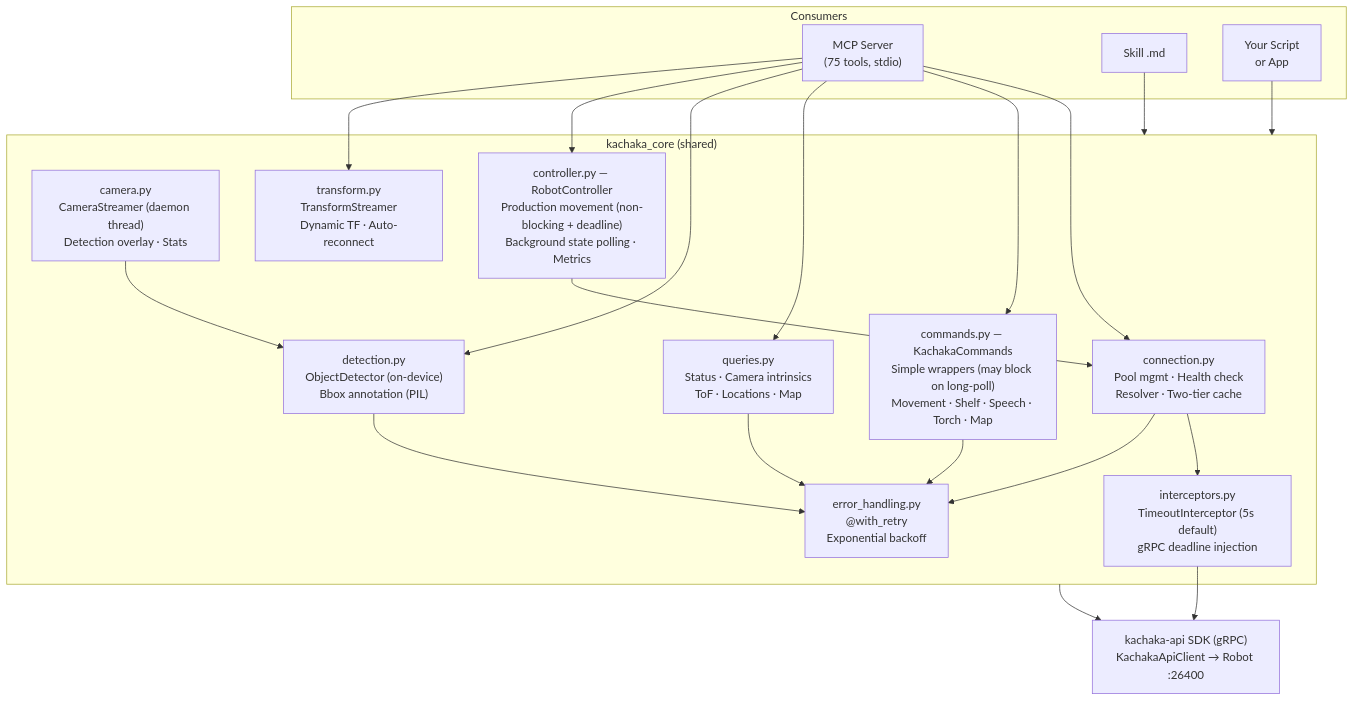
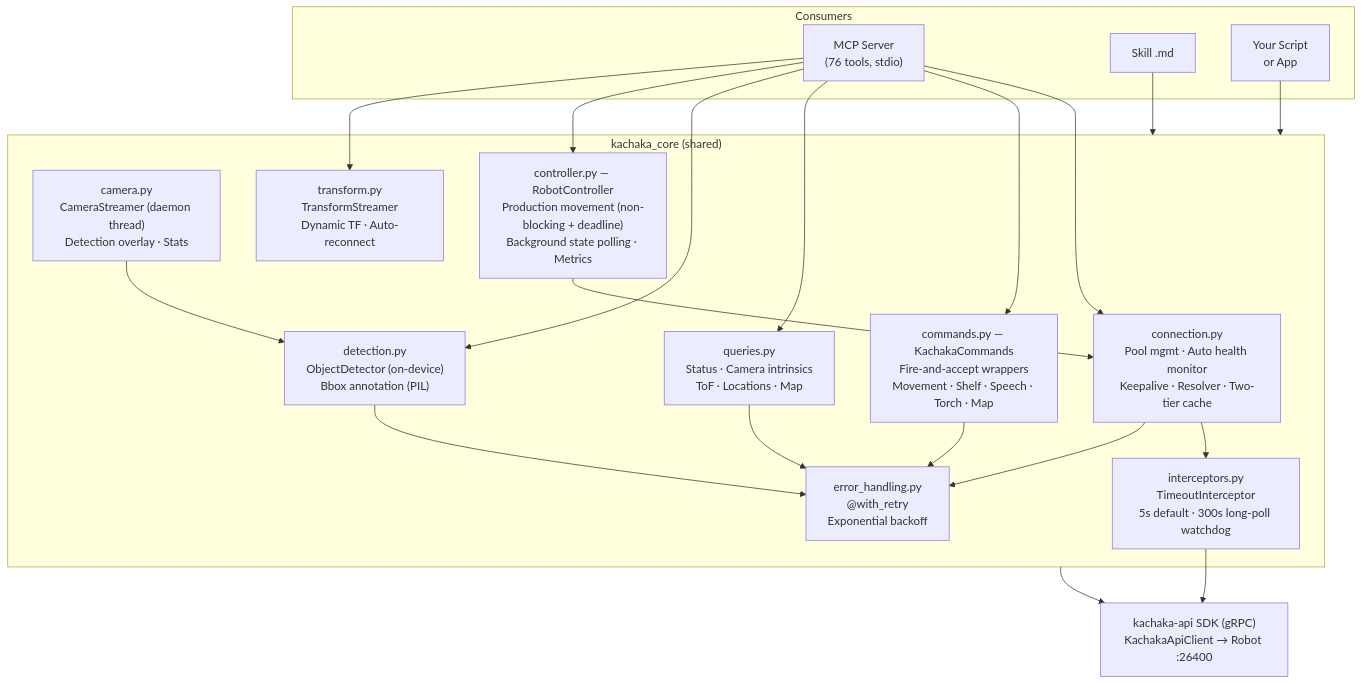
Before and after one commit to sigmarobotics/kachaka-sdk-toolkit: the first of 7 diagrams in README.md, drawn with Mermaid. The commit also changed other lines of this file and 22 other files, not shown here.

````diff
--- a/README.md
+++ b/README.md
@@ -13,40 +13,40 @@
 ```mermaid
 graph TD
     subgraph Consumers
-        MCP["MCP Server<br/>(75 tools, stdio)"]
+        MCP["MCP Server<br/>(76 tools, stdio)"]
         SKILL["Skill .md"]
         APP["Your Script<br/>or App"]
     end
 
     subgraph kachaka_core["kachaka_core (shared)"]
-        CONN["connection.py<br/>Pool mgmt · Health check<br/>Resolver · Two-tier cache"]
-        INT["interceptors.py<br/>TimeoutInterceptor (5s default)<br/>gRPC deadline injection"]
-        CMD["commands.py — KachakaCommands<br/>Simple wrappers (may block on long-poll)<br/>Movement · Shelf · Speech · Torch · Map"]
+        CONN["connection.py<br/>Pool mgmt · Auto health monitor<br/>Keepalive · Resolver · Two-tier cache"]
+        INT["interceptors.py<br/>TimeoutInterceptor<br/>5s default · 300s long-poll watchdog"]
+        CMD["commands.py — KachakaCommands<br/>Fire-and-accept wrappers<br/>Movement · Shelf · Speech · Torch · Map"]
         QRY["queries.py<br/>Status · Camera intrinsics<br/>ToF · Locations · Map"]
         ERR["error_handling.py<br/>@with_retry<br/>Exponential backoff"]
         CAM["camera.py<br/>CameraStreamer (daemon thread)<br/>Detection overlay · Stats"]
         DET["detection.py<br/>ObjectDetector (on-device)<br/>Bbox annotation (PIL)"]
         CTRL["controller.py — RobotController<br/>Production movement (non-blocking + deadline)<br/>Background state polling · Metrics"]
         TF["transform.py<br/>TransformStreamer<br/>Dynamic TF · Auto-reconnect"]
     end
 
     SDK["kachaka-api SDK (gRPC)<br/>KachakaApiClient → Robot :26400"]
 
     MCP --> CONN
     MCP --> CMD
     MCP --> QRY
     MCP --> DET
     MCP --> CTRL
     MCP --> TF
     SKILL --> kachaka_core
     APP --> kachaka_core
     CONN --> INT
     CONN --> ERR
     CMD --> ERR
     QRY --> ERR
     DET --> ERR
     CTRL --> CONN
     CAM --> DET
     INT --> SDK
     kachaka_core --> SDK
 ```
````
